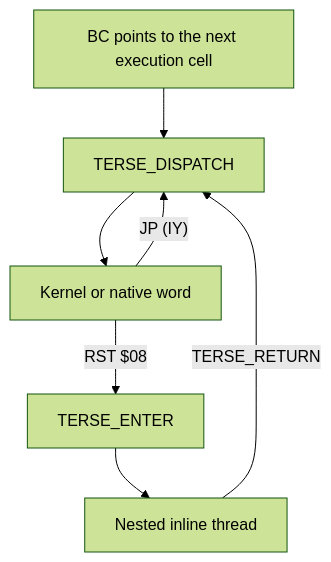
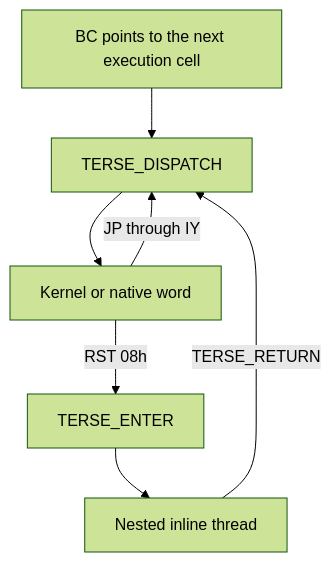
The first of 4 diagrams in README.md (lizard43/SeaWolf2), drawn with Mermaid (forest theme) before and after one commit. The commit also changed other lines of this file, not shown here.

Commit message:
fix broke mermaid

````diff
--- a/README.md
+++ b/README.md
@@ -169,9 +169,9 @@
 ```mermaid
 flowchart TD
     cell["BC points to the next execution cell"] --> dispatch["TERSE_DISPATCH"]
     dispatch --> word["Kernel or native word"]
-    word -->|"JP (IY)"| dispatch
-    word -->|"RST $08"| enter["TERSE_ENTER"]
+    word -->|JP through IY| dispatch
+    word -->|RST 08h| enter["TERSE_ENTER"]
     enter --> nested["Nested inline thread"]
-    nested -->|"TERSE_RETURN"| dispatch
+    nested -->|TERSE_RETURN| dispatch
 ```
````
